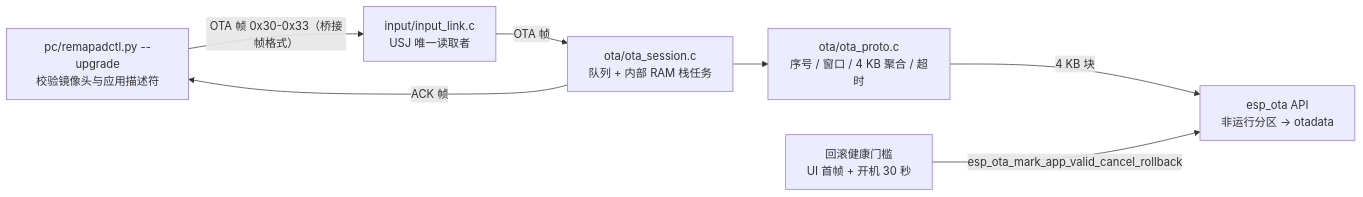
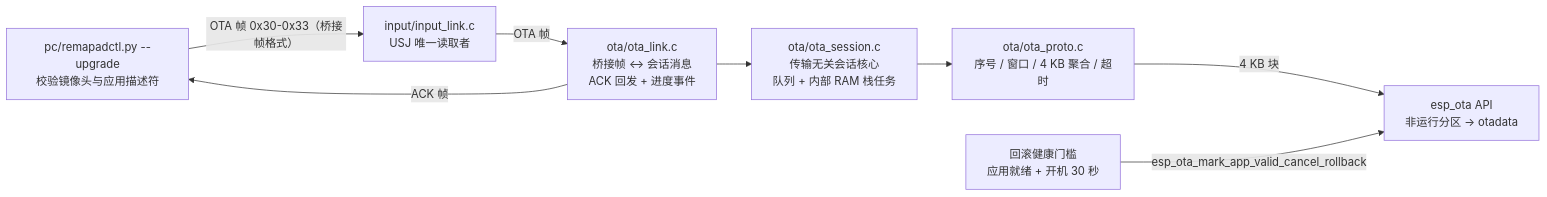
Before and after one commit to slime7/remapad: the seventh of 9 diagrams in docs/ARCHITECTURE.md, drawn with Mermaid. The commit also changed other lines of this file and 13 other files, not shown here.

````diff
--- a/docs/ARCHITECTURE.md
+++ b/docs/ARCHITECTURE.md
@@ -282,16 +282,18 @@
 ```mermaid
 flowchart LR
     Tool["pc/remapadctl.py --upgrade<br/>校验镜像头与应用描述符"]
     Link["input/input_link.c<br/>USJ 唯一读取者"]
-    Session["ota/ota_session.c<br/>队列 + 内部 RAM 栈任务"]
+    Adapt["ota/ota_link.c<br/>桥接帧 ↔ 会话消息<br/>ACK 回发 + 进度事件"]
+    Session["ota/ota_session.c<br/>传输无关会话核心<br/>队列 + 内部 RAM 栈任务"]
     Proto["ota/ota_proto.c<br/>序号 / 窗口 / 4 KB 聚合 / 超时"]
     Flash["esp_ota API<br/>非运行分区 → otadata"]
-    Health["回滚健康门槛<br/>UI 首帧 + 开机 30 秒"]
+    Health["回滚健康门槛<br/>应用就绪 + 开机 30 秒"]
 
     Tool -->|"OTA 帧 0x30-0x33（桥接帧格式）"| Link
-    Link -->|OTA 帧| Session
+    Link -->|OTA 帧| Adapt
+    Adapt --> Session
     Session --> Proto
     Proto -->|"4 KB 块"| Flash
-    Session -->|ACK 帧| Tool
+    Adapt -->|"ACK 帧"| Tool
     Health -->|esp_ota_mark_app_valid_cancel_rollback| Flash
 ```
````
